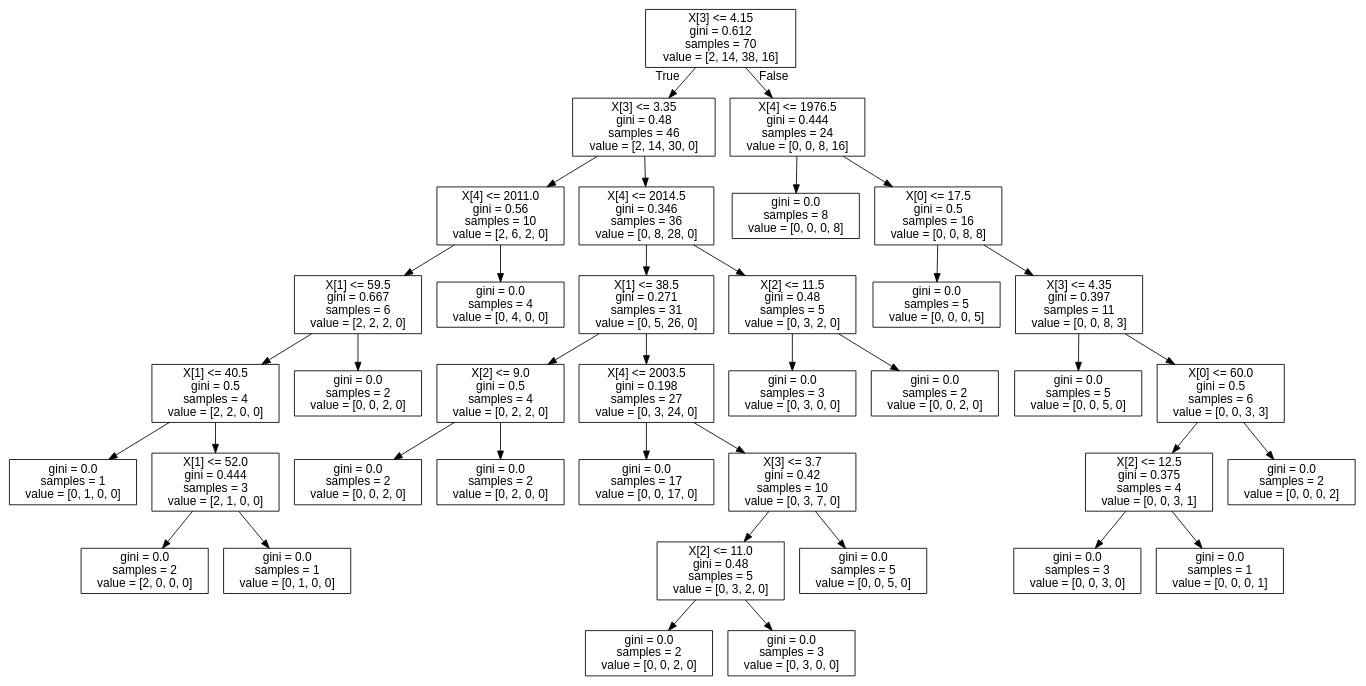
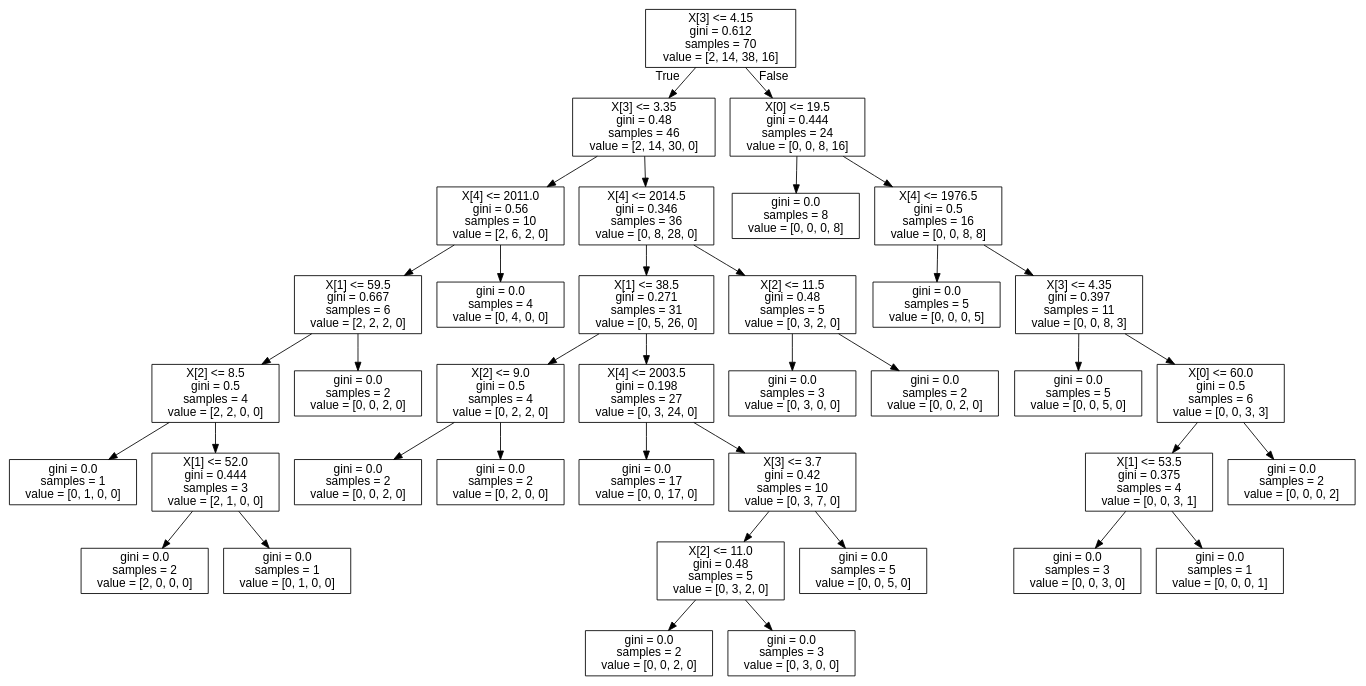
Before and after one commit to ViniciusOSAntos/Data-Science---Estudos-e-Atividades: the diagram in BibliotecaMusicalV2/tree.dot, drawn with Graphviz. The commit also changed 1 other file, not shown here.

```diff
--- a/BibliotecaMusicalV2/tree.dot
+++ b/BibliotecaMusicalV2/tree.dot
@@ -1,77 +1,77 @@
 digraph Tree {
 node [shape=box, fontname="helvetica"] ;
 edge [fontname="helvetica"] ;
 0 [label="X[3] <= 4.15\ngini = 0.612\nsamples = 70\nvalue = [2, 14, 38, 16]"] ;
 1 [label="X[3] <= 3.35\ngini = 0.48\nsamples = 46\nvalue = [2, 14, 30, 0]"] ;
 0 -> 1 [labeldistance=2.5, labelangle=45, headlabel="True"] ;
 2 [label="X[4] <= 2011.0\ngini = 0.56\nsamples = 10\nvalue = [2, 6, 2, 0]"] ;
 1 -> 2 ;
 3 [label="X[1] <= 59.5\ngini = 0.667\nsamples = 6\nvalue = [2, 2, 2, 0]"] ;
 2 -> 3 ;
-4 [label="X[1] <= 40.5\ngini = 0.5\nsamples = 4\nvalue = [2, 2, 0, 0]"] ;
+4 [label="X[2] <= 8.5\ngini = 0.5\nsamples = 4\nvalue = [2, 2, 0, 0]"] ;
 3 -> 4 ;
 5 [label="gini = 0.0\nsamples = 1\nvalue = [0, 1, 0, 0]"] ;
 4 -> 5 ;
 6 [label="X[1] <= 52.0\ngini = 0.444\nsamples = 3\nvalue = [2, 1, 0, 0]"] ;
 4 -> 6 ;
 7 [label="gini = 0.0\nsamples = 2\nvalue = [2, 0, 0, 0]"] ;
 6 -> 7 ;
 8 [label="gini = 0.0\nsamples = 1\nvalue = [0, 1, 0, 0]"] ;
 6 -> 8 ;
 9 [label="gini = 0.0\nsamples = 2\nvalue = [0, 0, 2, 0]"] ;
 3 -> 9 ;
 10 [label="gini = 0.0\nsamples = 4\nvalue = [0, 4, 0, 0]"] ;
 2 -> 10 ;
 11 [label="X[4] <= 2014.5\ngini = 0.346\nsamples = 36\nvalue = [0, 8, 28, 0]"] ;
 1 -> 11 ;
 12 [label="X[1] <= 38.5\ngini = 0.271\nsamples = 31\nvalue = [0, 5, 26, 0]"] ;
 11 -> 12 ;
 13 [label="X[2] <= 9.0\ngini = 0.5\nsamples = 4\nvalue = [0, 2, 2, 0]"] ;
 12 -> 13 ;
 14 [label="gini = 0.0\nsamples = 2\nvalue = [0, 0, 2, 0]"] ;
 13 -> 14 ;
 15 [label="gini = 0.0\nsamples = 2\nvalue = [0, 2, 0, 0]"] ;
 13 -> 15 ;
 16 [label="X[4] <= 2003.5\ngini = 0.198\nsamples = 27\nvalue = [0, 3, 24, 0]"] ;
 12 -> 16 ;
 17 [label="gini = 0.0\nsamples = 17\nvalue = [0, 0, 17, 0]"] ;
 16 -> 17 ;
 18 [label="X[3] <= 3.7\ngini = 0.42\nsamples = 10\nvalue = [0, 3, 7, 0]"] ;
 16 -> 18 ;
 19 [label="X[2] <= 11.0\ngini = 0.48\nsamples = 5\nvalue = [0, 3, 2, 0]"] ;
 18 -> 19 ;
 20 [label="gini = 0.0\nsamples = 2\nvalue = [0, 0, 2, 0]"] ;
 19 -> 20 ;
 21 [label="gini = 0.0\nsamples = 3\nvalue = [0, 3, 0, 0]"] ;
 19 -> 21 ;
 22 [label="gini = 0.0\nsamples = 5\nvalue = [0, 0, 5, 0]"] ;
 18 -> 22 ;
 23 [label="X[2] <= 11.5\ngini = 0.48\nsamples = 5\nvalue = [0, 3, 2, 0]"] ;
 11 -> 23 ;
 24 [label="gini = 0.0\nsamples = 3\nvalue = [0, 3, 0, 0]"] ;
 23 -> 24 ;
 25 [label="gini = 0.0\nsamples = 2\nvalue = [0, 0, 2, 0]"] ;
 23 -> 25 ;
-26 [label="X[4] <= 1976.5\ngini = 0.444\nsamples = 24\nvalue = [0, 0, 8, 16]"] ;
+26 [label="X[0] <= 19.5\ngini = 0.444\nsamples = 24\nvalue = [0, 0, 8, 16]"] ;
 0 -> 26 [labeldistance=2.5, labelangle=-45, headlabel="False"] ;
 27 [label="gini = 0.0\nsamples = 8\nvalue = [0, 0, 0, 8]"] ;
 26 -> 27 ;
-28 [label="X[0] <= 17.5\ngini = 0.5\nsamples = 16\nvalue = [0, 0, 8, 8]"] ;
+28 [label="X[4] <= 1976.5\ngini = 0.5\nsamples = 16\nvalue = [0, 0, 8, 8]"] ;
 26 -> 28 ;
 29 [label="gini = 0.0\nsamples = 5\nvalue = [0, 0, 0, 5]"] ;
 28 -> 29 ;
 30 [label="X[3] <= 4.35\ngini = 0.397\nsamples = 11\nvalue = [0, 0, 8, 3]"] ;
 28 -> 30 ;
 31 [label="gini = 0.0\nsamples = 5\nvalue = [0, 0, 5, 0]"] ;
 30 -> 31 ;
 32 [label="X[0] <= 60.0\ngini = 0.5\nsamples = 6\nvalue = [0, 0, 3, 3]"] ;
 30 -> 32 ;
-33 [label="X[2] <= 12.5\ngini = 0.375\nsamples = 4\nvalue = [0, 0, 3, 1]"] ;
+33 [label="X[1] <= 53.5\ngini = 0.375\nsamples = 4\nvalue = [0, 0, 3, 1]"] ;
 32 -> 33 ;
 34 [label="gini = 0.0\nsamples = 3\nvalue = [0, 0, 3, 0]"] ;
 33 -> 34 ;
 35 [label="gini = 0.0\nsamples = 1\nvalue = [0, 0, 0, 1]"] ;
 33 -> 35 ;
 36 [label="gini = 0.0\nsamples = 2\nvalue = [0, 0, 0, 2]"] ;
 32 -> 36 ;
 }
```
